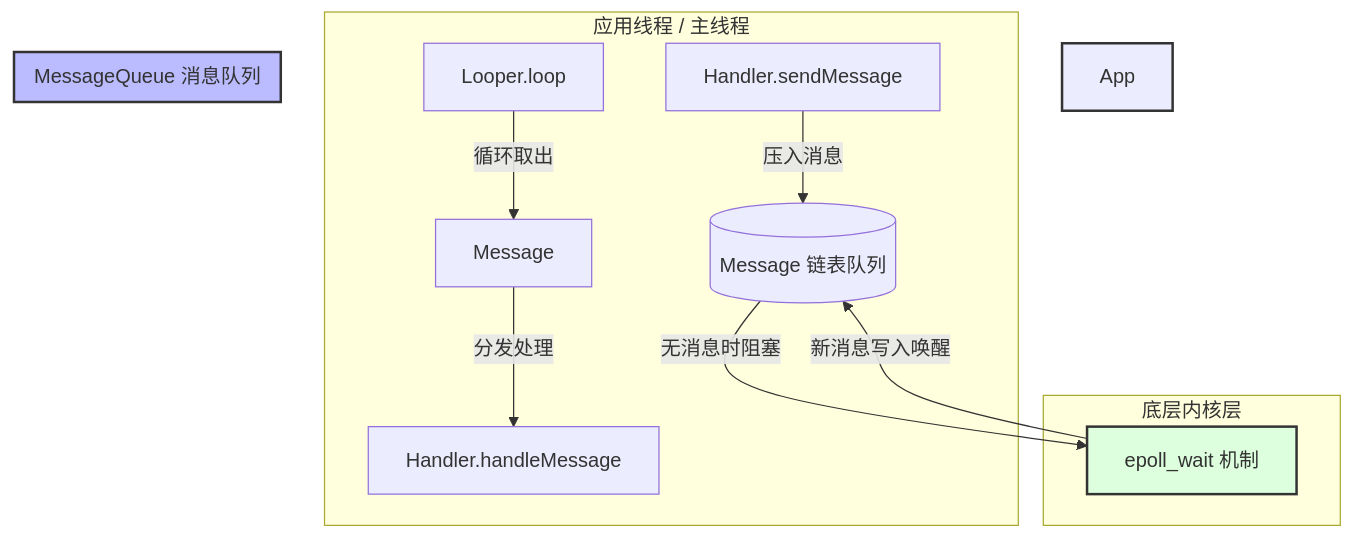
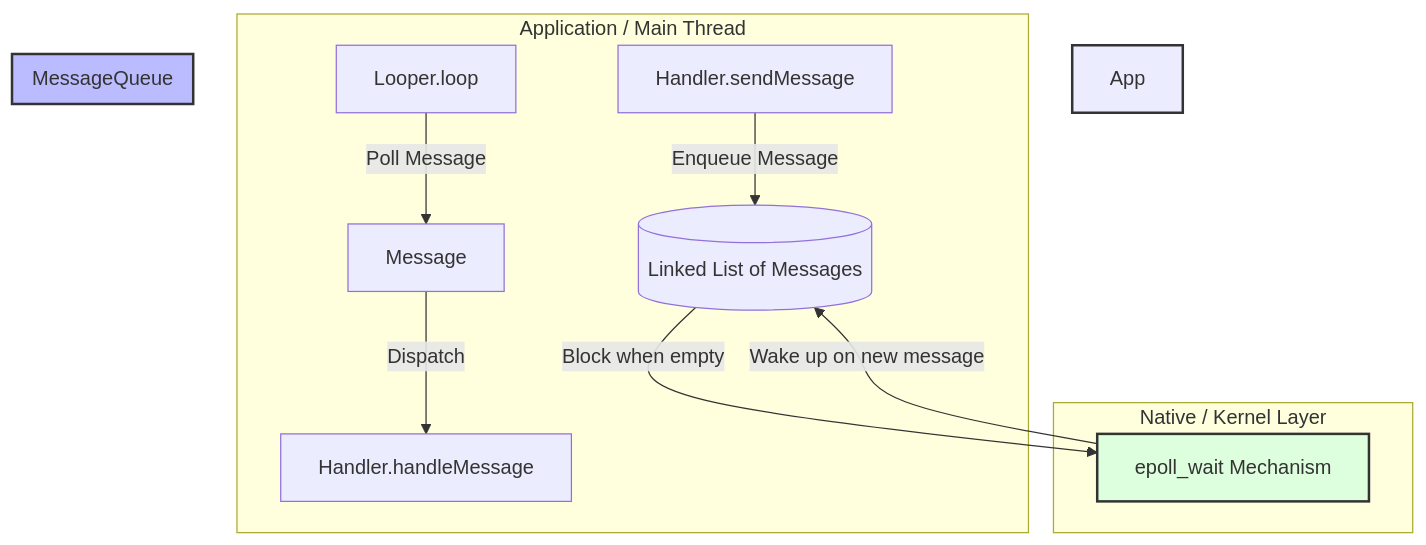
The second of 2 diagrams in Handler Mechanism.md (ridzhang/AOSP-Framework-Deep-Dive), drawn with Mermaid before and after one commit.

Commit message:
Update Handler Mechanism.md

````diff
--- a/Handler Mechanism.md
+++ b/Handler Mechanism.md
@@ -39,21 +39,21 @@
 ```mermaid
 graph TD
-    subgraph App Thread [应用线程 / 主线程]
-        H[Handler.sendMessage] -->|压入消息| MQ
-        Looper[Looper.loop] -->|循环取出| Msg[Message]
-        Msg -->|分发处理| HD[Handler.handleMessage]
+    subgraph App Thread [Application / Main Thread]
+        H[Handler.sendMessage] -->|Enqueue Message| MQ
+        Looper[Looper.loop] -->|Poll Message| Msg[Message]
+        Msg -->|Dispatch| HD[Handler.handleMessage]
     end
 
-    subgraph MessageQueue [MessageQueue 消息队列]
-        MQ[(Message 链表队列)]
+    subgraph MessageQueue [MessageQueue]
+        MQ[(Linked List of Messages)]
     end
 
-    subgraph Native / Kernel [底层内核层]
-        MQ -->|无消息时阻塞| Native[epoll_wait 机制]
-        Native -->|新消息写入唤醒| MQ
+    subgraph Native / Kernel [Native / Kernel Layer]
+        MQ -->|Block when empty| Native[epoll_wait Mechanism]
+        Native -->|Wake up on new message| MQ
     end
 
     style App Thread fill:#f9f,stroke:#333,stroke-width:2px
     style MessageQueue fill:#bbf,stroke:#333,stroke-width:2px
     style Native fill:#dfd,stroke:#333,stroke-width:2px
 ```
````
